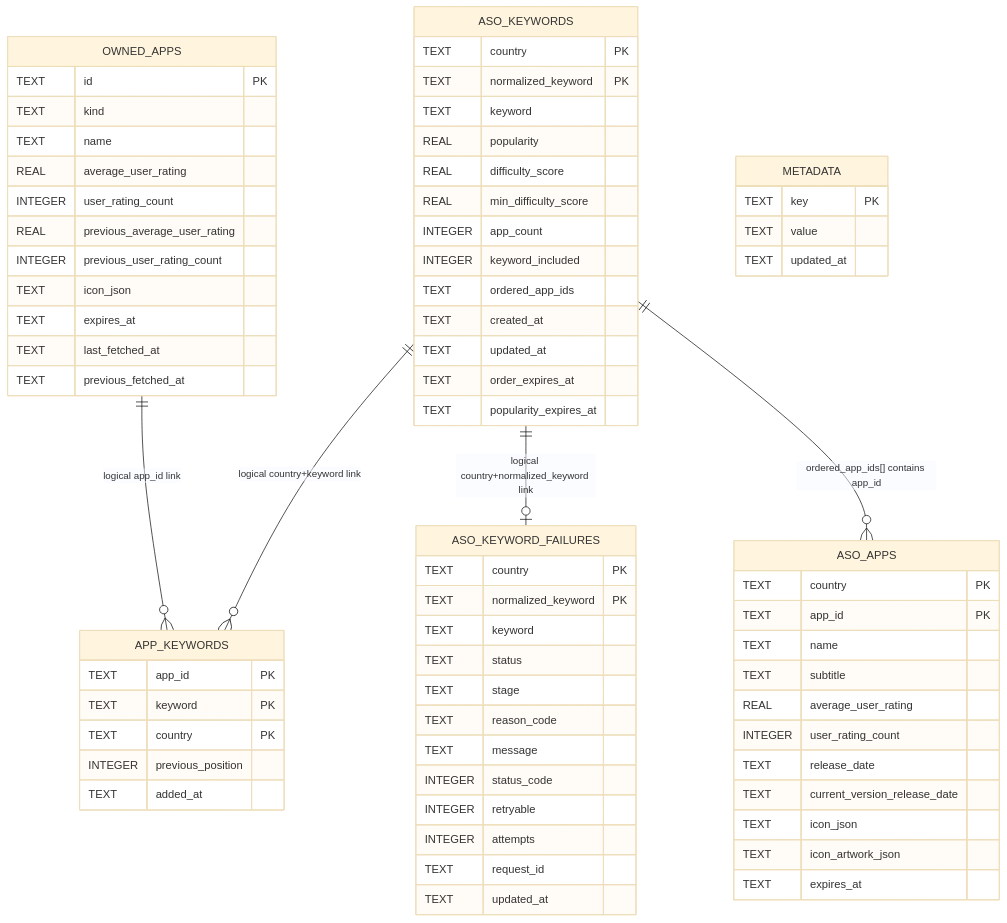
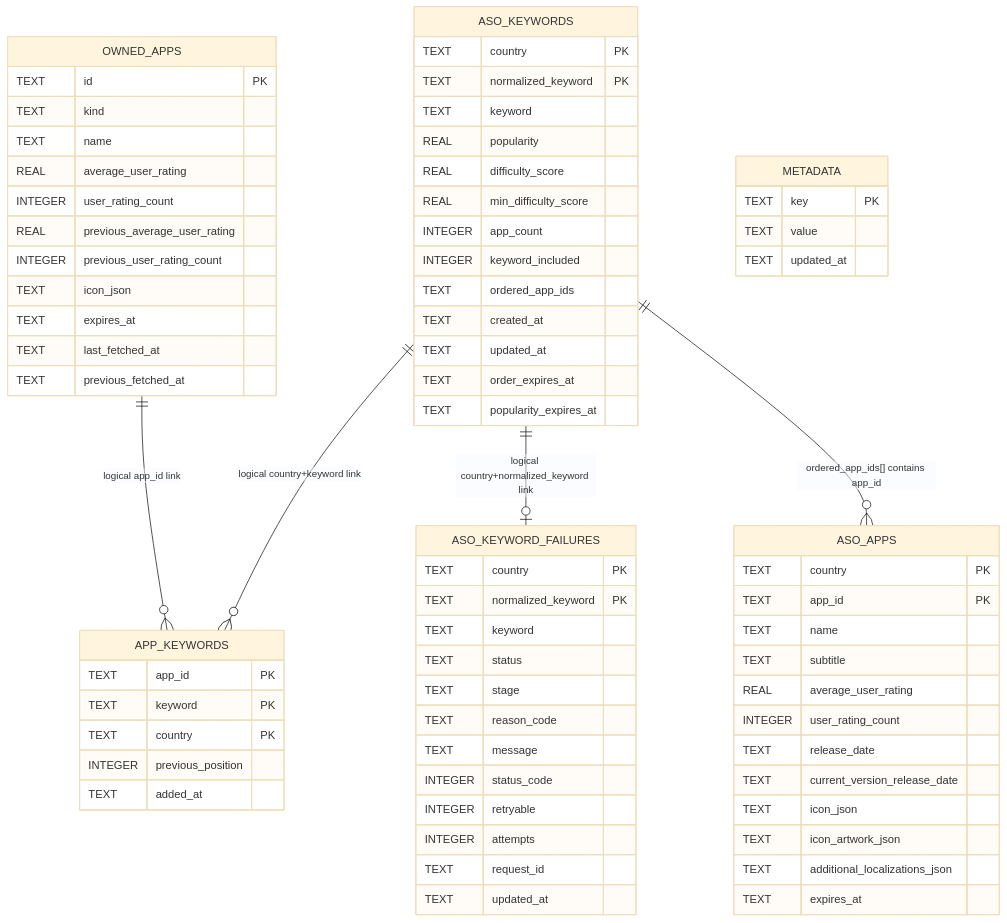
One commit to semihcihan/App-Store-Optimization-CLI changed the diagram in docs/aso-local-sqlite-schema.md. Above: the diagram before and after it, drawn with Mermaid (base theme). The commit also changed other lines of this file and 24 other files, not shown here.

````diff
--- a/docs/aso-local-sqlite-schema.md
+++ b/docs/aso-local-sqlite-schema.md
@@ -7,80 +7,81 @@
 ```mermaid
 erDiagram
   OWNED_APPS {
     TEXT id PK
     TEXT kind
     TEXT name
     REAL average_user_rating
     INTEGER user_rating_count
     REAL previous_average_user_rating
     INTEGER previous_user_rating_count
     TEXT icon_json
     TEXT expires_at
     TEXT last_fetched_at
     TEXT previous_fetched_at
   }
 
   ASO_KEYWORDS {
     TEXT country PK
     TEXT normalized_keyword PK
     TEXT keyword
     REAL popularity
     REAL difficulty_score
     REAL min_difficulty_score
     INTEGER app_count
     INTEGER keyword_included
     TEXT ordered_app_ids
     TEXT created_at
     TEXT updated_at
     TEXT order_expires_at
     TEXT popularity_expires_at
   }
 
   ASO_APPS {
     TEXT country PK
     TEXT app_id PK
     TEXT name
     TEXT subtitle
     REAL average_user_rating
     INTEGER user_rating_count
     TEXT release_date
     TEXT current_version_release_date
     TEXT icon_json
     TEXT icon_artwork_json
+    TEXT additional_localizations_json
     TEXT expires_at
   }
 
   APP_KEYWORDS {
     TEXT app_id PK
     TEXT keyword PK
     TEXT country PK
     INTEGER previous_position
     TEXT added_at
   }
 
   METADATA {
     TEXT key PK
     TEXT value
     TEXT updated_at
   }
 
   ASO_KEYWORD_FAILURES {
     TEXT country PK
     TEXT normalized_keyword PK
     TEXT keyword
     TEXT status
     TEXT stage
     TEXT reason_code
     TEXT message
     INTEGER status_code
     INTEGER retryable
     INTEGER attempts
     TEXT request_id
     TEXT updated_at
   }
 
   OWNED_APPS ||--o{ APP_KEYWORDS : "logical app_id link"
   ASO_KEYWORDS ||--o{ APP_KEYWORDS : "logical country+keyword link"
   ASO_KEYWORDS ||--o| ASO_KEYWORD_FAILURES : "logical country+normalized_keyword link"
   ASO_KEYWORDS ||--o{ ASO_APPS : "ordered_app_ids[] contains app_id"
 ```
````
